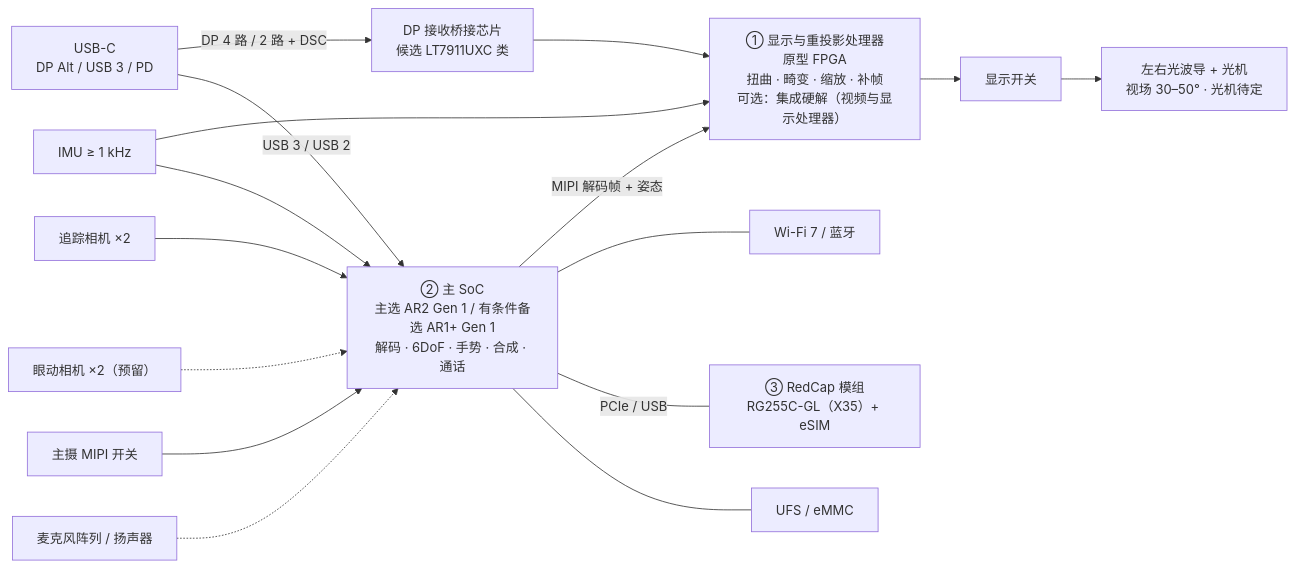
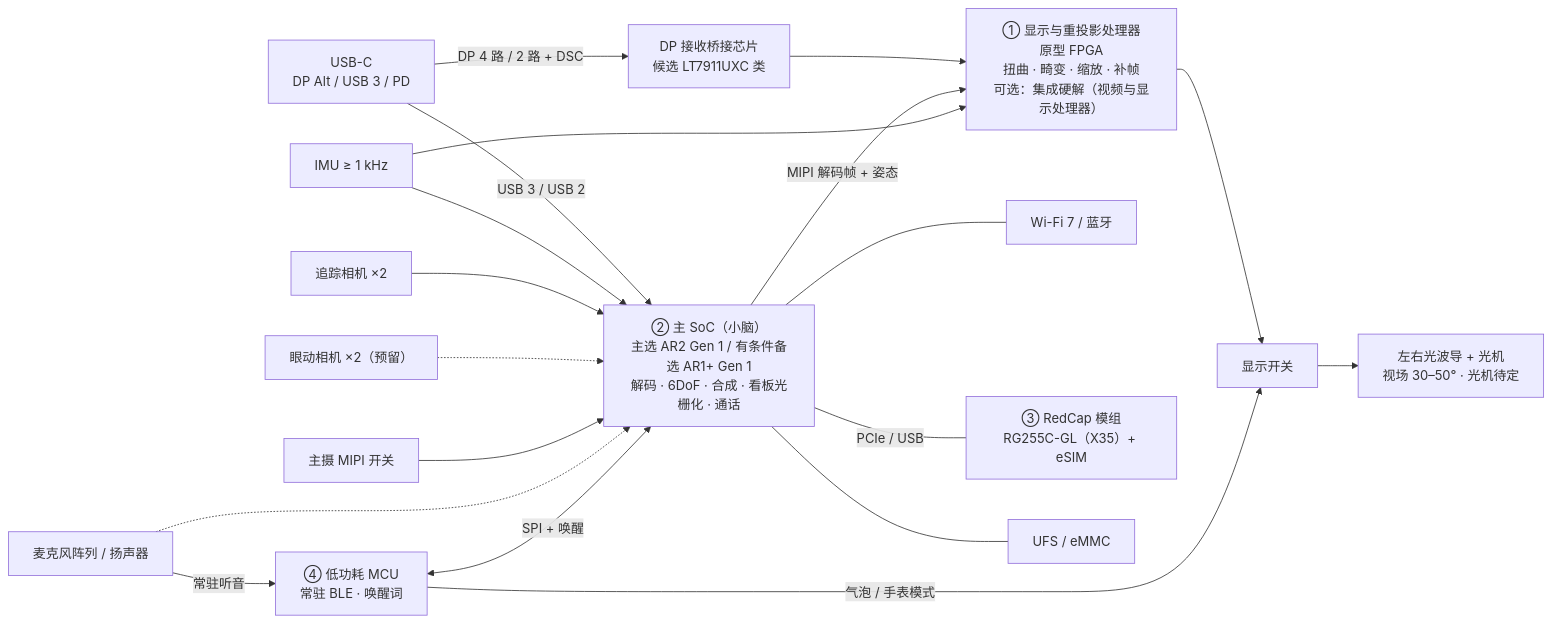
One commit to jodancain/independent-cellular-ai-glasses changed the second of 10 diagrams in docs/system-architecture.md. Above: the diagram before and after it, drawn with Mermaid. The commit also changed other lines of this file and 15 other files, not shown here.

First line of the commit message:
框图、宣传片与网站全部按脑 / 小脑 / 手更新

````diff
--- a/docs/system-architecture.md
+++ b/docs/system-architecture.md
@@ -79,30 +90,34 @@
 ```mermaid
 flowchart LR
   USBC["USB-C<br/>DP Alt / USB 3 / PD"]
   DPRX["DP 接收桥接芯片<br/>候选 LT7911UXC 类"]
   DPU["① 显示与重投影处理器<br/>原型 FPGA<br/>扭曲 · 畸变 · 缩放 · 补帧<br/>可选：集成硬解（视频与显示处理器）"]
   DSW["显示开关"]
   OPT["左右光波导 + 光机<br/>视场 30–50° · 光机待定"]
-  SOC["② 主 SoC<br/>主选 AR2 Gen 1 / 有条件备选 AR1+ Gen 1<br/>解码 · 6DoF · 手势 · 合成 · 通话"]
+  SOC["② 主 SoC（小脑）<br/>主选 AR2 Gen 1 / 有条件备选 AR1+ Gen 1<br/>解码 · 6DoF · 合成 · 看板光栅化 · 通话"]
   WIFI["Wi-Fi 7 / 蓝牙"]
   CELL["③ RedCap 模组<br/>RG255C-GL（X35）+ eSIM"]
   UFS["UFS / eMMC"]
   IMU["IMU ≥ 1 kHz"]
   TRK["追踪相机 ×2"]
   EYE["眼动相机 ×2（预留）"]
   CSW["主摄 MIPI 开关"]
   MIC["麦克风阵列 / 扬声器"]
+  MCU["④ 低功耗 MCU<br/>常驻 BLE · 唤醒词"]
 
   USBC -- "DP 4 路 / 2 路 + DSC" --> DPRX --> DPU --> DSW --> OPT
   USBC -- "USB 3 / USB 2" --> SOC
   SOC -- "MIPI 解码帧 + 姿态" --> DPU
   IMU --> DPU
   IMU --> SOC
   TRK --> SOC
   EYE -.-> SOC
   CSW --> SOC
+  MIC -- "常驻听音" --> MCU
   MIC -.-> SOC
+  MCU <-- "SPI + 唤醒" --> SOC
+  MCU -- "气泡 / 手表模式" --> DSW
   SOC --- WIFI
   SOC -- "PCIe / USB" --- CELL
   SOC --- UFS
 ```
````
